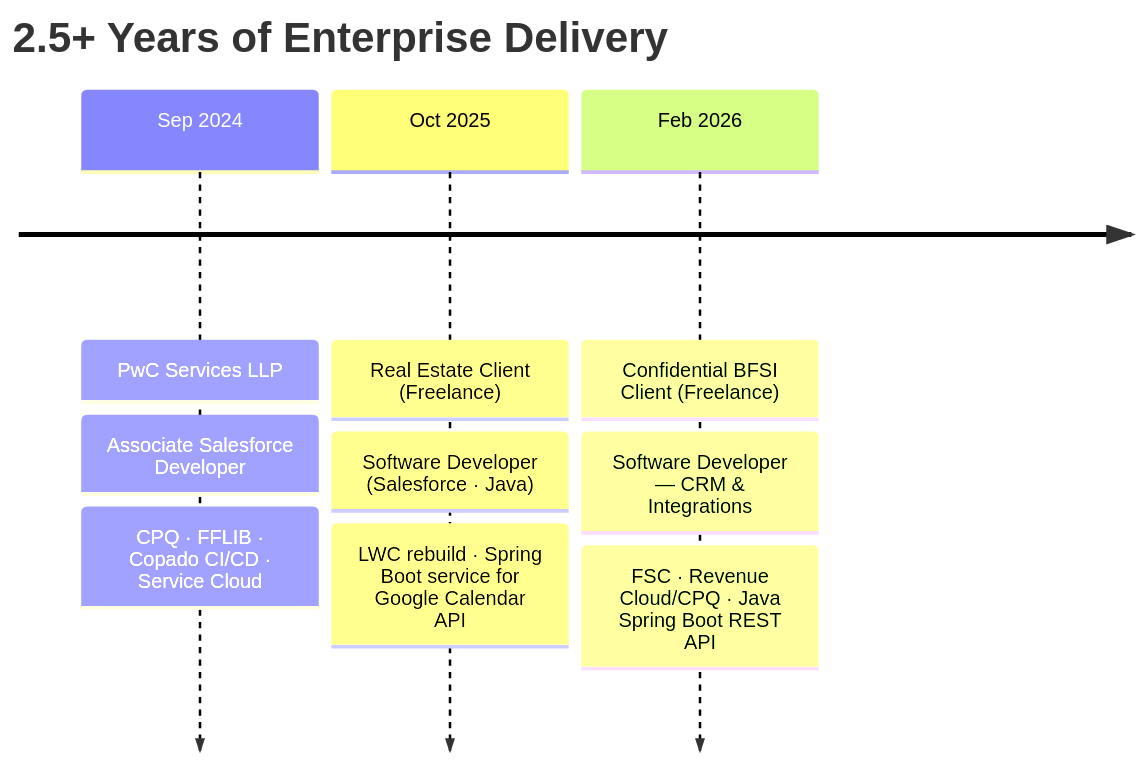
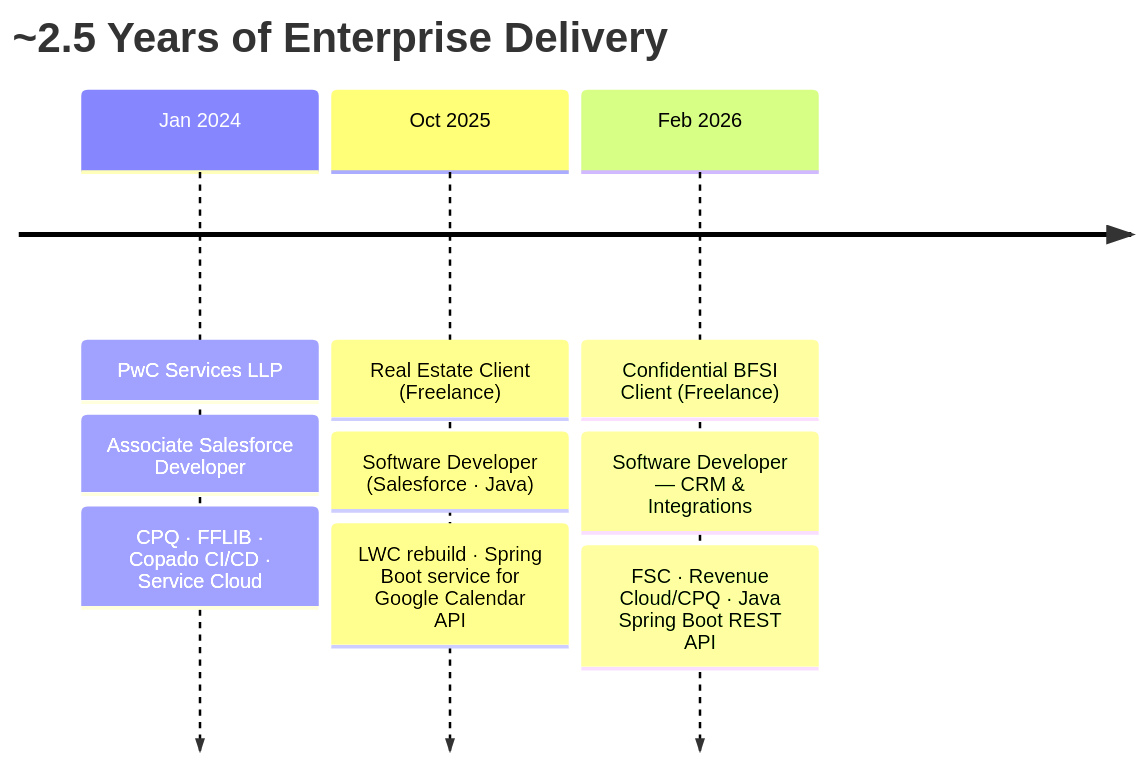
One commit to aditya17-09/aditya17-09 changed the first of 2 diagrams in README.md. Above: the diagram before and after it, drawn with Mermaid.

Commit message:
Update career timeline title and date format

````diff
--- a/README.md
+++ b/README.md
@@ -86,13 +86,13 @@
 ```mermaid
 timeline
-    title 2.5+ Years of Enterprise Delivery
-    Sep 2024 : PwC Services LLP
+    title ~2.5 Years of Enterprise Delivery
+    Jan 2024 : PwC Services LLP
              : Associate Salesforce Developer
              : CPQ · FFLIB · Copado CI/CD · Service Cloud
     Oct 2025 : Real Estate Client (Freelance)
              : Software Developer (Salesforce · Java)
              : LWC rebuild · Spring Boot service for Google Calendar API
     Feb 2026 : Confidential BFSI Client (Freelance)
              : Software Developer — CRM & Integrations
              : FSC · Revenue Cloud/CPQ · Java Spring Boot REST API
 ```
````
